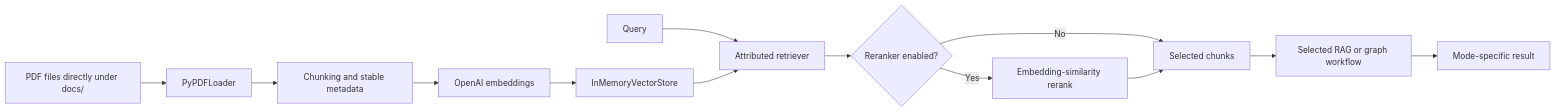
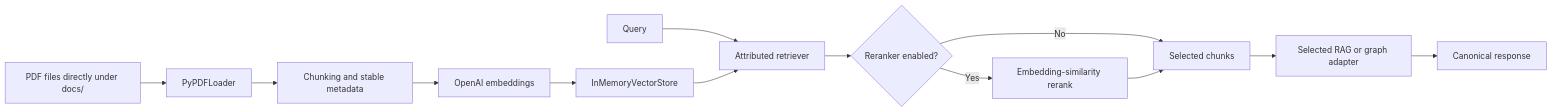
Before and after one commit to neeraj1909/explainable-agentic-rag: the first of 2 diagrams in docs/architecture.md, drawn with Mermaid. The commit also changed other lines of this file and 16 other files, not shown here.

Commit message:
feat(rag): unify entry points behind canonical service

````diff
--- a/docs/architecture.md
+++ b/docs/architecture.md
@@ -51,15 +57,15 @@
 ```mermaid
 flowchart LR
     PDF[PDF files directly under docs/] --> LOAD[PyPDFLoader]
     LOAD --> SPLIT[Chunking and stable metadata]
     SPLIT --> EMBED[OpenAI embeddings]
     EMBED --> MEMORY[InMemoryVectorStore]
     QUERY[Query] --> RETRIEVE[Attributed retriever]
     MEMORY --> RETRIEVE
     RETRIEVE --> OPTIONAL{Reranker enabled?}
     OPTIONAL -->|No| SELECT[Selected chunks]
     OPTIONAL -->|Yes| SECOND[Embedding-similarity rerank]
     SECOND --> SELECT
-    SELECT --> MODE[Selected RAG or graph workflow]
-    MODE --> RESULT[Mode-specific result]
+    SELECT --> MODE[Selected RAG or graph adapter]
+    MODE --> RESULT[Canonical response]
 ```
````
